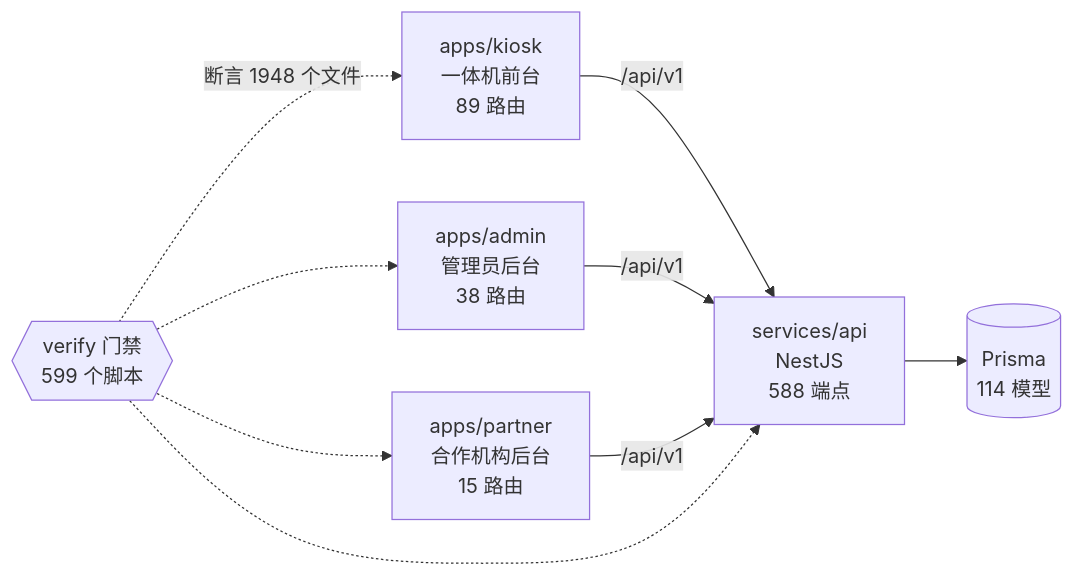
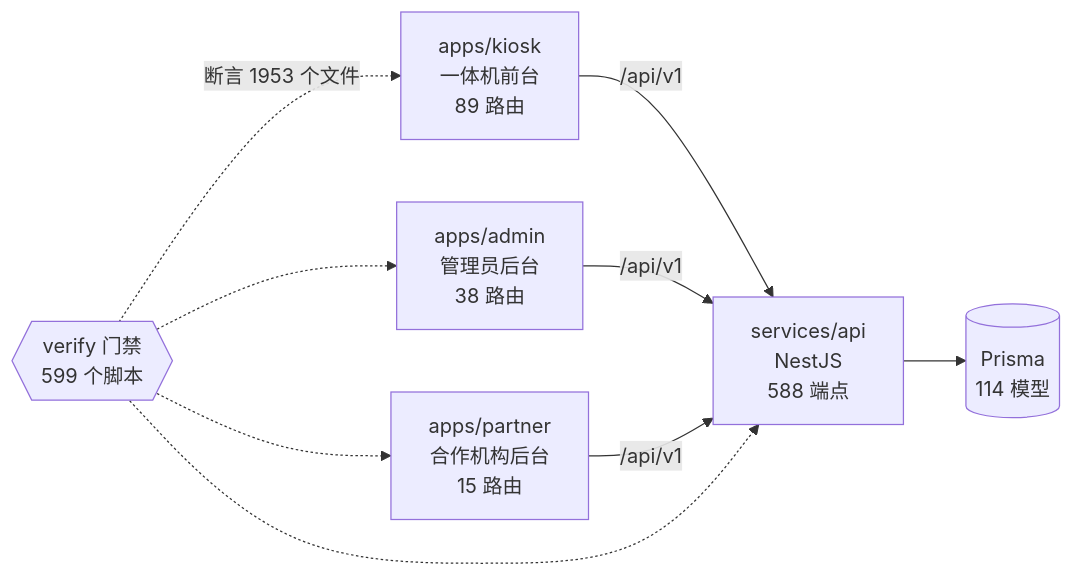
Before and after one commit to wanglei581/YITIJI: the diagram in docs/graph/README.md, drawn with Mermaid. The commit also changed other lines of this file and 2 other files, not shown here.

Commit message:
chore(graph): 会话拦截第三、四轮收货后重生图谱

````diff
--- a/docs/graph/README.md
+++ b/docs/graph/README.md
@@ -68,18 +68,18 @@
 ```mermaid
 flowchart LR
   kiosk["apps/kiosk<br/>一体机前台<br/>89 路由"]
   admin["apps/admin<br/>管理员后台<br/>38 路由"]
   partner["apps/partner<br/>合作机构后台<br/>15 路由"]
   api["services/api<br/>NestJS<br/>588 端点"]
   db[("Prisma<br/>114 模型")]
   gates{{"verify 门禁<br/>599 个脚本"}}
 
   kiosk -->|"/api/v1"| api
   admin -->|"/api/v1"| api
   partner -->|"/api/v1"| api
   api --> db
-  gates -.->|"断言 1948 个文件"| kiosk
+  gates -.->|"断言 1953 个文件"| kiosk
   gates -.-> admin
   gates -.-> partner
   gates -.-> api
 ```
````
